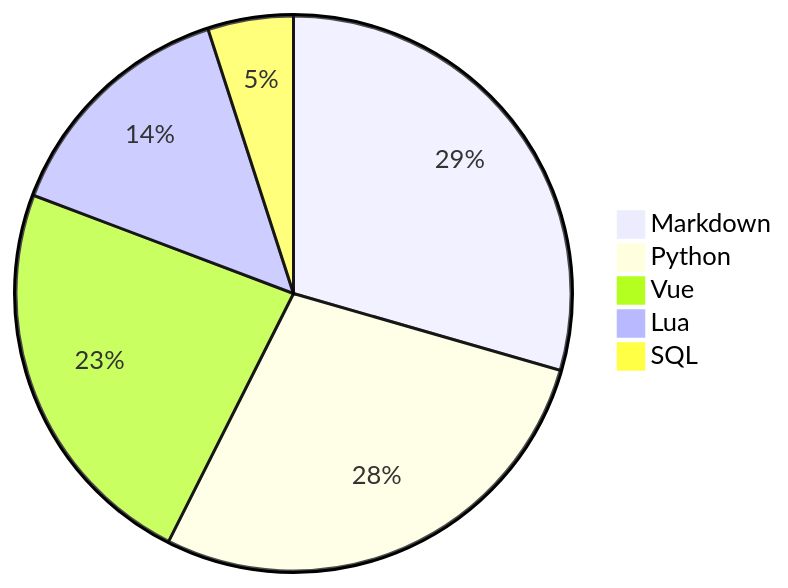
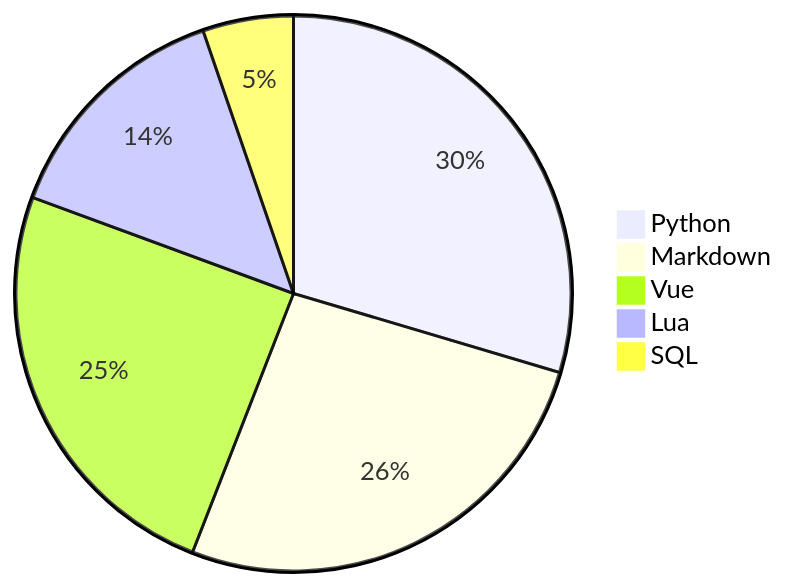
The diagram in README.md (Alicia111/alicia111), drawn with Mermaid before and after one commit.

Commit message:
Update WakaTime stats (・ω・)b

````diff
--- a/README.md
+++ b/README.md
@@ -32,8 +32,8 @@
 ```mermaid
 pie
-    "Markdown" : 27.41
-    "Python" : 26.01
-    "Vue" : 21.69
-    "Lua" : 13.28
-    "SQL" : 4.63
+    "Python" : 27.38
+    "Markdown" : 24.36
+    "Vue" : 22.84
+    "Lua" : 13.06
+    "SQL" : 4.88
 ```
````
